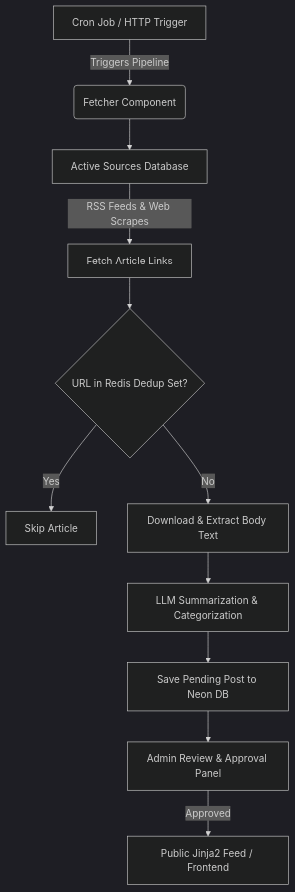
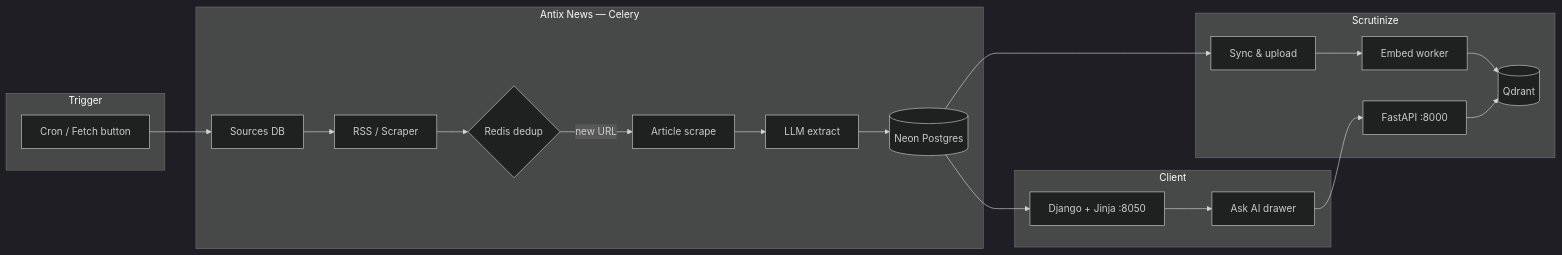
One commit to OmgItsAmmer/ai_technews changed the diagram in Readme.md. Above: the diagram before and after it, drawn with Mermaid (dark theme). The commit also changed other lines of this file and 22 other files, not shown here.

````diff
--- a/Readme.md
+++ b/Readme.md
@@ -17,13 +70,33 @@
 ```mermaid
-graph TD
-    A[Cron Job / HTTP Trigger] -->|Triggers Pipeline| B(Fetcher Component)
-    B --> C[Active Sources Database]
-    C -->|RSS Feeds & Web Scrapes| D[Fetch Article Links]
-    D --> E{URL in Redis Dedup Set?}
-    E -->|Yes| F[Skip Article]
-    E -->|No| G[Download & Extract Body Text]
-    G --> H[LLM Summarization & Categorization]
-    H --> I[Save Pending Post to Neon DB]
-    I --> J[Admin Review & Approval Panel]
-    J -->|Approved| K[Public Jinja2 Feed / Frontend]
+flowchart LR
+    subgraph Trigger
+        CRON["Cron / Fetch button"]
+    end
+
+    subgraph Ingestion["Antix News — Celery"]
+        SRC[Sources DB]
+        RSS[RSS / Scraper]
+        DEDUP{Redis dedup}
+        SCRAPE[Article scrape]
+        LLM[LLM extract]
+        PG[(Neon Postgres)]
+    end
+
+    subgraph RAG["Scrutinize"]
+        SYNC[Sync & upload]
+        EMB[Embed worker]
+        QD[(Qdrant)]
+        API[FastAPI :8000]
+    end
+
+    subgraph Client
+        UI[Django + Jinja :8050]
+        CHAT[Ask AI drawer]
+    end
+
+    CRON --> SRC --> RSS --> DEDUP
+    DEDUP -->|new URL| SCRAPE --> LLM --> PG
+    PG --> SYNC --> EMB --> QD
+    UI --> CHAT --> API --> QD
+    PG --> UI
 ```
````
